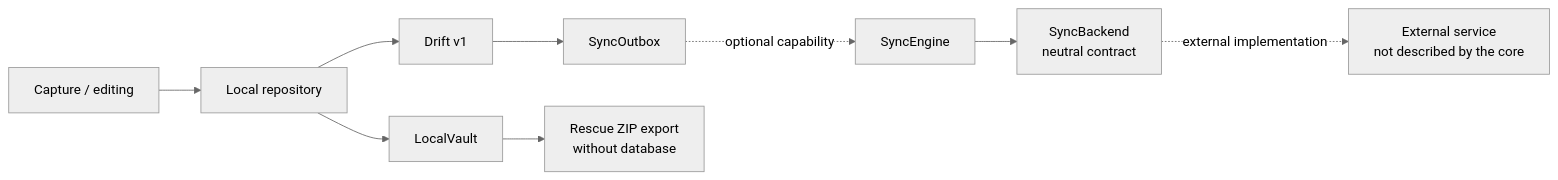
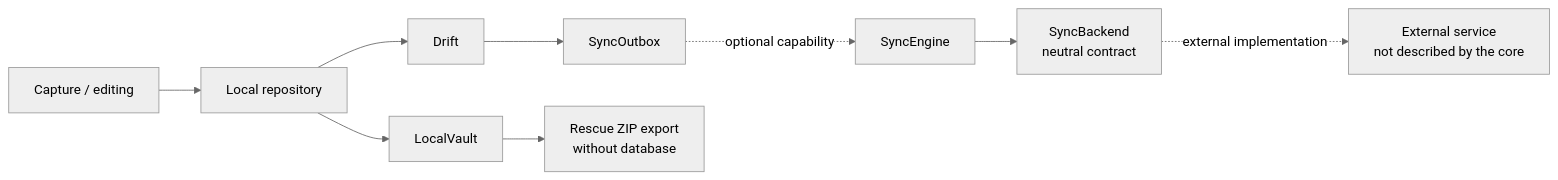
Before and after one commit to KooliFab/artkiddo: the first of 3 diagrams in docs/architecture/data-flows.md, drawn with Mermaid (neutral theme). The commit also changed other lines of this file and 13 other files, not shown here.

````diff
--- a/docs/architecture/data-flows.md
+++ b/docs/architecture/data-flows.md
@@ -5,11 +5,11 @@
 ```mermaid
 flowchart LR
   Capture["Capture / editing"] --> Local["Local repository"]
-  Local --> SQLite["Drift v1"]
+  Local --> SQLite["Drift"]
   Local --> Files["LocalVault"]
   SQLite --> Outbox["SyncOutbox"]
   Outbox -. "optional capability" .-> Sync["SyncEngine"]
   Sync --> Contract["SyncBackend\nneutral contract"]
   Contract -. "external implementation" .-> External["External service\nnot described by the core"]
   Files --> Rescue["Rescue ZIP export\nwithout database"]
 ```
````
